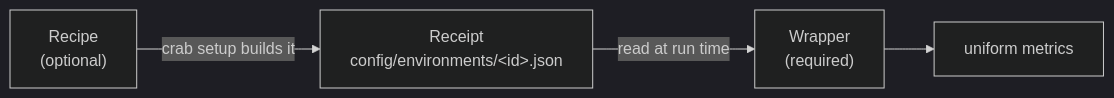
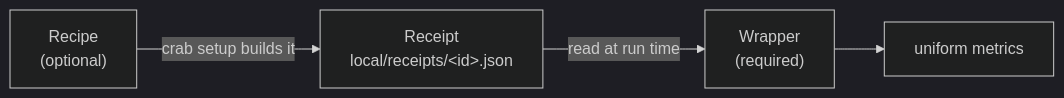
The diagram in docs/extending/overview.md (HLC-Lab/CRAB), drawn with Mermaid (dark theme) before and after one commit. The commit also changed 7 other files, not shown here.

Commit message:
docs: per-machine presets and receipts now live in local/

````diff
--- a/docs/extending/overview.md
+++ b/docs/extending/overview.md
@@ -19,6 +19,6 @@
 ```mermaid
 flowchart LR
-    R["Recipe<br/>(optional)"] -->|crab setup builds it| T["Receipt<br/>config/environments/&lt;id&gt;.json"]
+    R["Recipe<br/>(optional)"] -->|crab setup builds it| T["Receipt<br/>local/receipts/&lt;id&gt;.json"]
     T -->|read at run time| W["Wrapper<br/>(required)"]
     W --> M["uniform metrics"]
 ```
````
